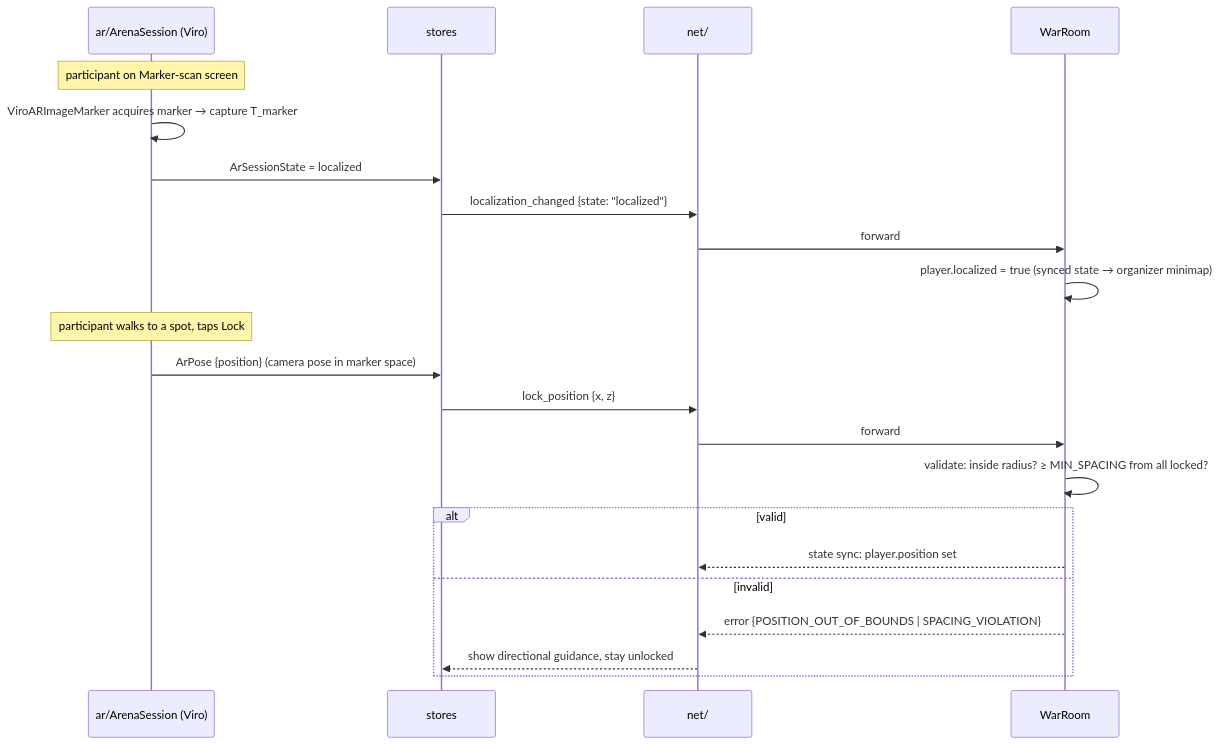
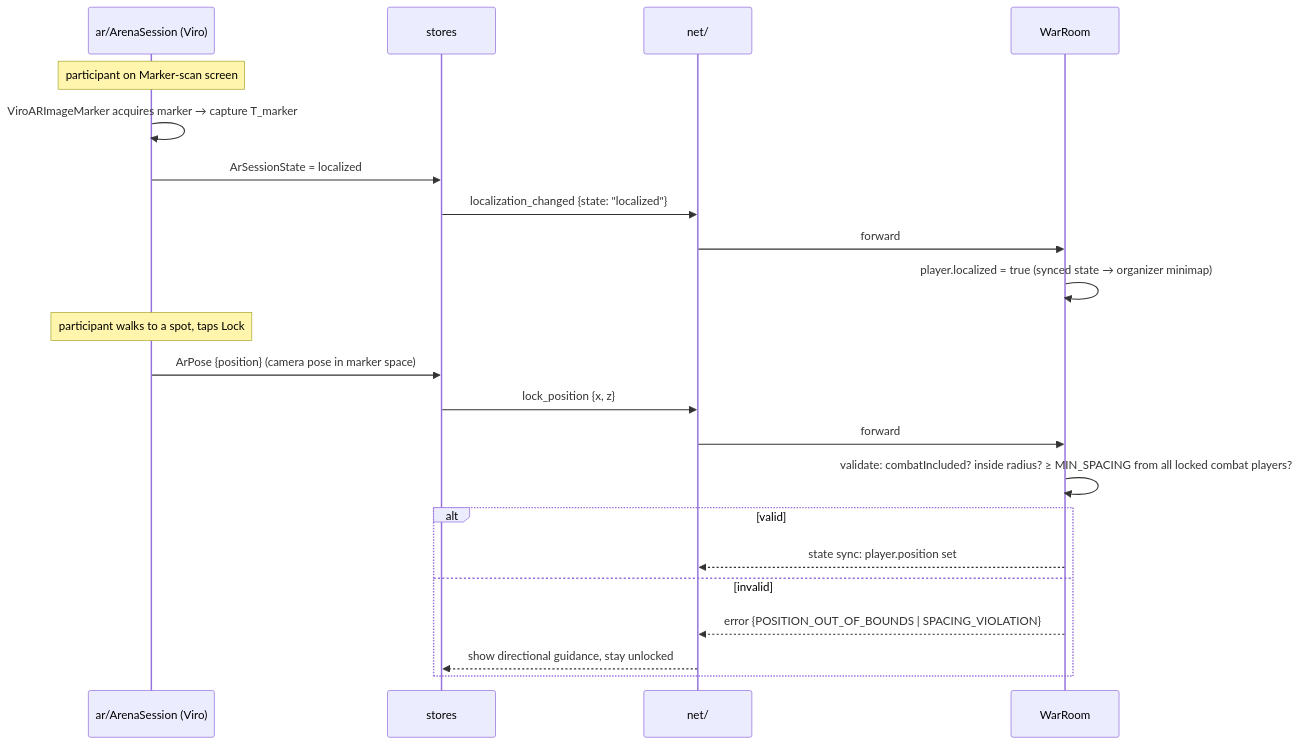
The third of 8 diagrams in ARCHITECTURE.md (Vaibtan/CodexWars), drawn with Mermaid before and after one commit. The commit also changed other lines of this file and 7 other files, not shown here.

````diff
--- a/ARCHITECTURE.md
+++ b/ARCHITECTURE.md
@@ -106,25 +106,25 @@
 ```mermaid
 sequenceDiagram
     participant V as ar/ArenaSession (Viro)
     participant S as stores
     participant N as net/
     participant SRV as WarRoom
 
     Note over V: participant on Marker-scan screen
     V->>V: ViroARImageMarker acquires marker → capture T_marker
     V->>S: ArSessionState = localized
     S->>N: localization_changed {state: "localized"}
     N->>SRV: forward
     SRV->>SRV: player.localized = true (synced state → organizer minimap)
     Note over V: participant walks to a spot, taps Lock
     V->>S: ArPose {position} (camera pose in marker space)
     S->>N: lock_position {x, z}
     N->>SRV: forward
-    SRV->>SRV: validate: inside radius? ≥ MIN_SPACING from all locked?
+    SRV->>SRV: validate: combatIncluded? inside radius? ≥ MIN_SPACING from all locked combat players?
     alt valid
         SRV-->>N: state sync: player.position set
     else invalid
         SRV-->>N: error {POSITION_OUT_OF_BOUNDS | SPACING_VIOLATION}
         N-->>S: show directional guidance, stay unlocked
     end
 ```
````
